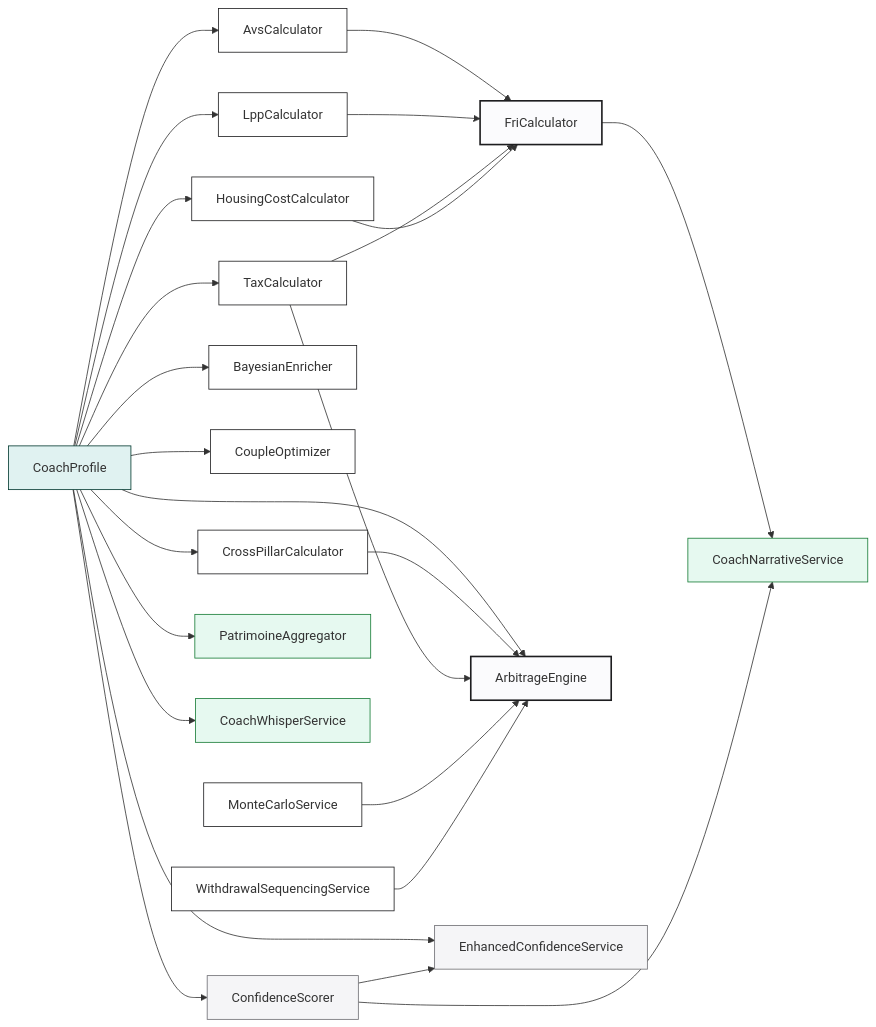
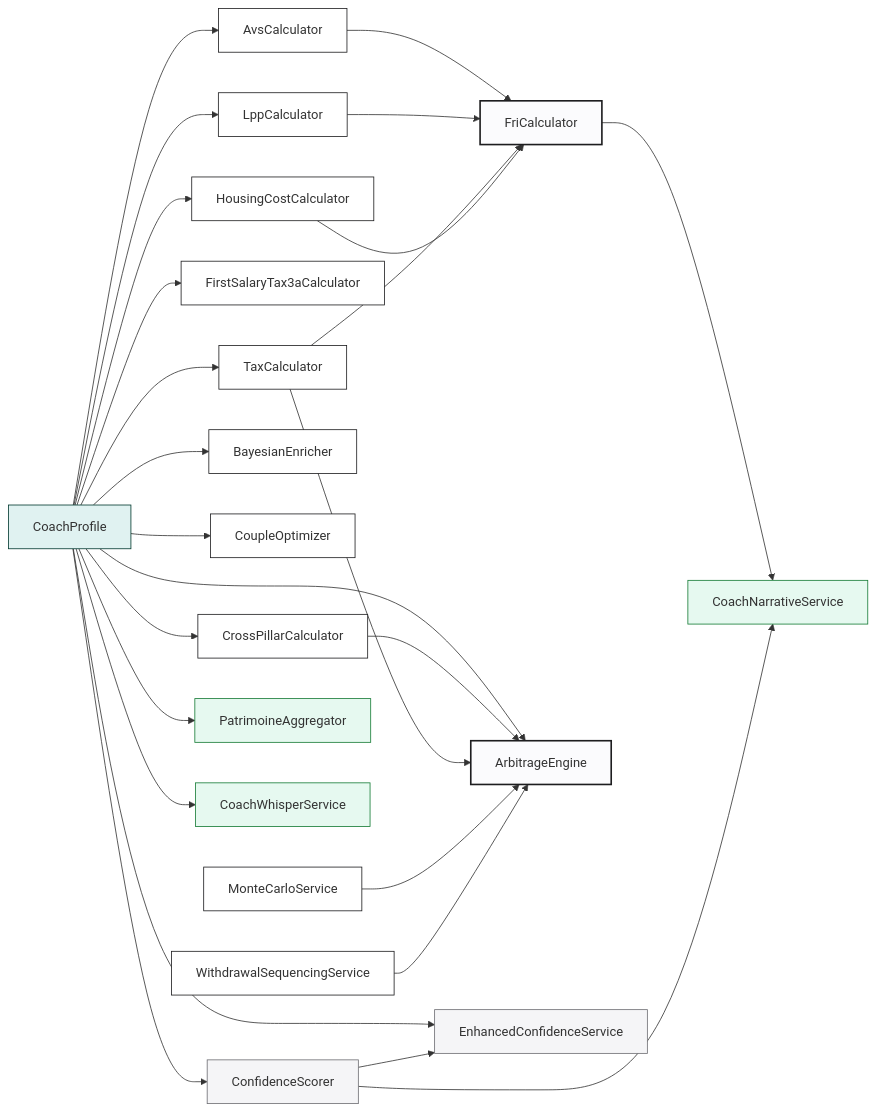
The diagram in docs/calculator-graph.md (MINT-IA/MINT), drawn with Mermaid before and after one commit. The commit also changed other lines of this file and 23 other files, not shown here.

Commit message:
feat: add first salary tax 3a slice

````diff
--- a/docs/calculator-graph.md
+++ b/docs/calculator-graph.md
@@ -26,40 +26,41 @@
 ```mermaid
 flowchart LR
     PROFILE[CoachProfile]:::profile
 
     PROFILE --> AVS[AvsCalculator]:::calc
     PROFILE --> LPP[LppCalculator]:::calc
     PROFILE --> TAX[TaxCalculator]:::calc
+    PROFILE --> FIRSTSALARY[FirstSalaryTax3aCalculator]:::calc
     PROFILE --> HOUSING[HousingCostCalculator]:::calc
     PROFILE --> BAYESIAN[BayesianEnricher]:::calc
 
     AVS --> FRI[FriCalculator]:::composer
     LPP --> FRI
     TAX --> FRI
     HOUSING --> FRI
 
     PROFILE --> COUPLE[CoupleOptimizer]:::calc
     PROFILE --> CROSS[CrossPillarCalculator]:::calc
     PROFILE --> ARB[ArbitrageEngine]:::composer
     CROSS --> ARB
     TAX --> ARB
 
     PROFILE --> CONF[ConfidenceScorer]:::score
     PROFILE --> CONF_ENH[EnhancedConfidenceService]:::score
     CONF --> CONF_ENH
 
     PROFILE --> PAT[PatrimoineAggregator]:::ui
     PROFILE --> WHISPER[CoachWhisperService]:::ui
 
     FRI --> NAR[CoachNarrativeService]:::ui
     CONF --> NAR
 
     MC[MonteCarloService]:::calc --> ARB
     WITHDRAW[WithdrawalSequencingService]:::calc --> ARB
 
     classDef profile fill:#E0F2F1,stroke:#00382E
     classDef calc fill:#FFF,stroke:#1D1D1F
     classDef composer fill:#FBFBFD,stroke:#1D1D1F,stroke-width:2px
     classDef score fill:#F5F5F7,stroke:#6E6E73
     classDef ui fill:#E6F9F0,stroke:#157B35
 ```
````
